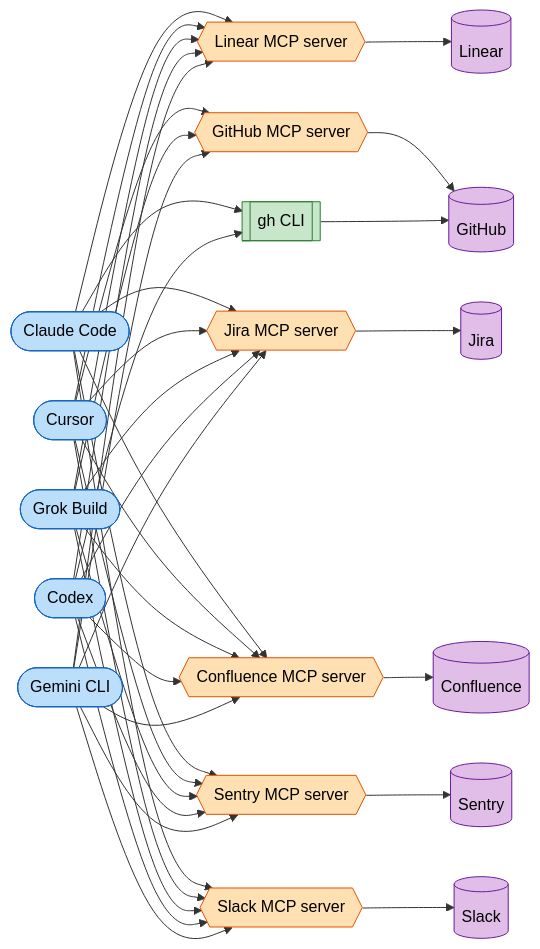
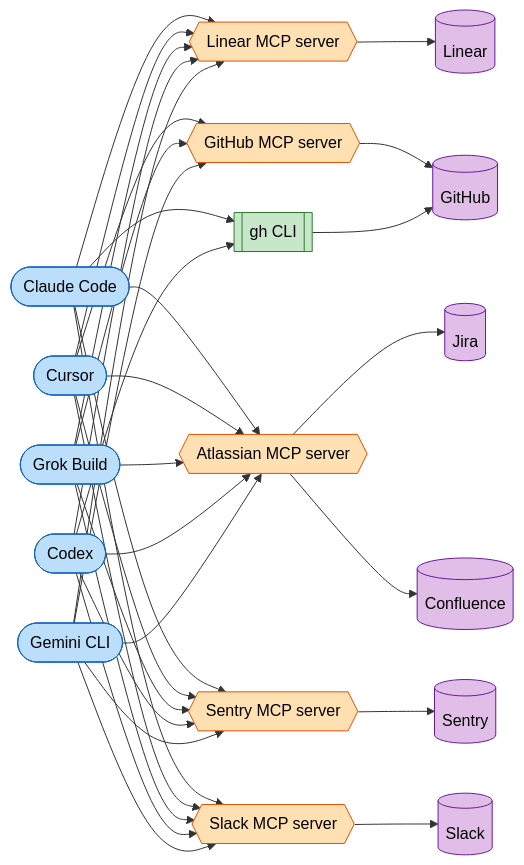
Before and after one commit to alephic-ai/foac: the first of 2 diagrams in README.md, drawn with Mermaid. The commit also changed other lines of this file, not shown here.

Commit message:
docs: merge Jira and Confluence into the Atlassian MCP server in the README diagram

````diff
--- a/README.md
+++ b/README.md
@@ -19,23 +19,22 @@
 ```mermaid
 graph LR
-    CC([Claude Code]) --> LMCP & GHCLI & JMCP & CMCP & SMCP & SLMCP
-    CU([Cursor]) --> LMCP & GHMCP & JMCP & CMCP & SMCP & SLMCP
-    GRK([Grok Build]) --> LMCP & GHMCP & JMCP & CMCP & SMCP & SLMCP
-    CX([Codex]) --> LMCP & GHCLI & JMCP & CMCP & SMCP & SLMCP
-    GEM([Gemini CLI]) --> LMCP & GHMCP & JMCP & CMCP & SMCP & SLMCP
+    CC([Claude Code]) --> LMCP & GHCLI & AMCP & SMCP & SLMCP
+    CU([Cursor]) --> LMCP & GHMCP & AMCP & SMCP & SLMCP
+    GRK([Grok Build]) --> LMCP & GHMCP & AMCP & SMCP & SLMCP
+    CX([Codex]) --> LMCP & GHCLI & AMCP & SMCP & SLMCP
+    GEM([Gemini CLI]) --> LMCP & GHMCP & AMCP & SMCP & SLMCP
     LMCP{{Linear MCP server}} --> Linear[(Linear)]
     GHMCP{{GitHub MCP server}} --> GitHub[(GitHub)]
     GHCLI[[gh CLI]] --> GitHub
-    JMCP{{Jira MCP server}} --> Jira[(Jira)]
-    CMCP{{Confluence MCP server}} --> Confluence[(Confluence)]
+    AMCP{{Atlassian MCP server}} --> Jira[(Jira)] & Confluence[(Confluence)]
     SMCP{{Sentry MCP server}} --> Sentry[(Sentry)]
     SLMCP{{Slack MCP server}} --> Slack[(Slack)]
     classDef harness fill:#bbdefb,stroke:#1565c0,color:#000
     classDef mcp fill:#ffe0b2,stroke:#e65100,color:#000
     classDef cli fill:#c8e6c9,stroke:#2e7d32,color:#000
     classDef provider fill:#e1bee7,stroke:#6a1b9a,color:#000
     class CC,CU,GRK,CX,GEM harness
-    class LMCP,GHMCP,JMCP,CMCP,SMCP,SLMCP mcp
+    class LMCP,GHMCP,AMCP,SMCP,SLMCP mcp
     class GHCLI cli
     class Linear,GitHub,Jira,Confluence,Sentry,Slack provider
 ```
````
